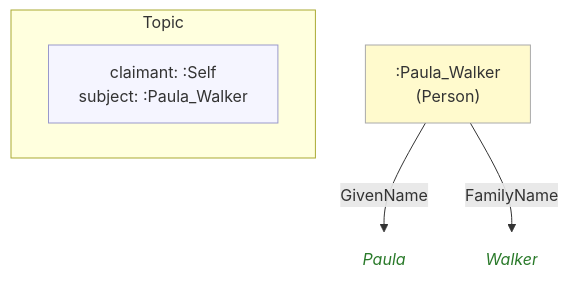
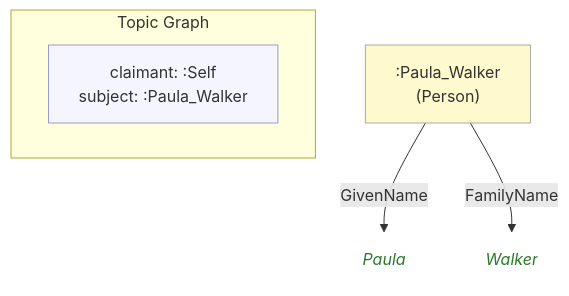
One commit to MeeFoundation/mia-ontologies changed the diagram in example/topics/images/paula-walker.self(Paula-Walker)(immediate-family)(07).mmd. Above: the diagram before and after it, drawn with Mermaid. The commit also changed 65 other files, not shown here.

First line of the commit message:
Relabel per-topic diagram metadata box "Topic" -> "Topic Graph"

```diff
--- a/example/topics/images/paula-walker.self(Paula-Walker)(immediate-family)(07).mmd
+++ b/example/topics/images/paula-walker.self(Paula-Walker)(immediate-family)(07).mmd
@@ -1,18 +1,18 @@
 flowchart TD
     classDef person fill:#fffacd,stroke:#aaa,color:#333
     classDef grp    fill:#d4edda,stroke:#aaa,color:#333
     classDef org    fill:#cce5ff,stroke:#aaa,color:#333
     classDef lit    fill:none,stroke:none,font-style:italic,color:#2a7a2a
     classDef meta   fill:#f5f5ff,stroke:#9999cc,color:#333
 
-    subgraph ctx["Topic"]
+    subgraph ctx["Topic Graph"]
         direction LR
         ctx_meta["claimant: :Self\nsubject: :Paula_Walker"]:::meta
     end
 
     nf4296ab13de4[":Paula_Walker\n(Person)"]:::person
-    n9014d3444c3a("Paula"):::lit
-    n82c3b4a9c89b("Walker"):::lit
+    n43c89135a6d7("Paula"):::lit
+    ne96d33ae7fe4("Walker"):::lit
 
-    nf4296ab13de4 -->|"GivenName"| n9014d3444c3a
-    nf4296ab13de4 -->|"FamilyName"| n82c3b4a9c89b
+    nf4296ab13de4 -->|"GivenName"| n43c89135a6d7
+    nf4296ab13de4 -->|"FamilyName"| ne96d33ae7fe4
```
